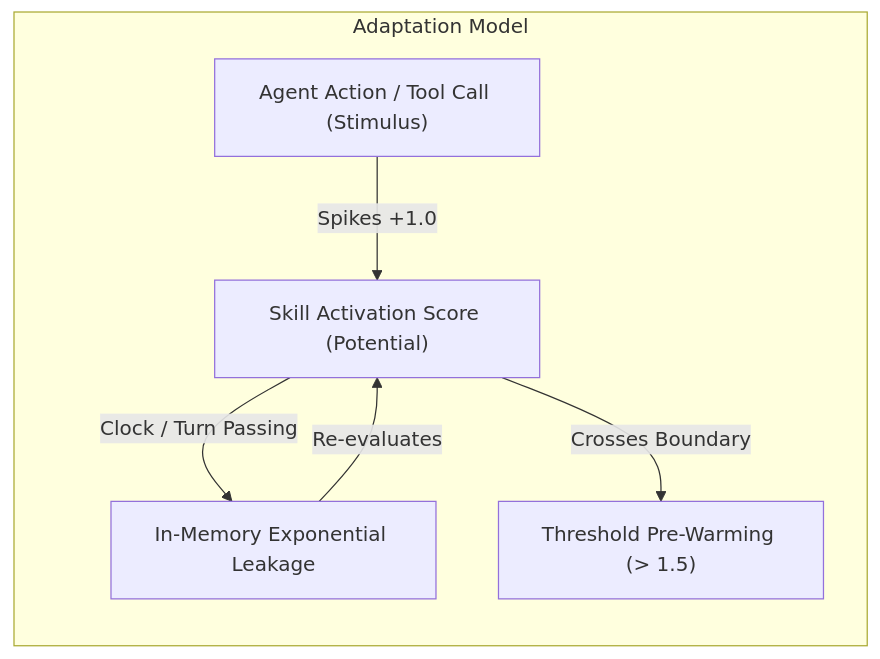
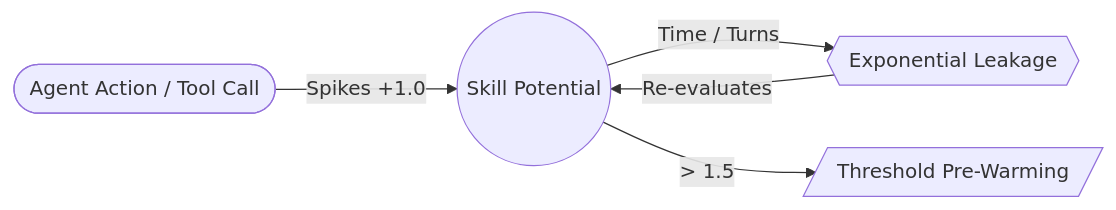
The first of 4 diagrams in PRESENTATION.md (kinqsradiollc/BrainRouter), drawn with Mermaid before and after one commit. The commit also changed other lines of this file and 1 other file, not shown here.

Commit message:
docs: improve mermaid graph rendering for github dark mode and responsiveness

````diff
--- a/PRESENTATION.md
+++ b/PRESENTATION.md
@@ -21,14 +21,12 @@
 ```mermaid
 graph LR
-    subgraph "Adaptation Model"
-        sensory["Agent Action / Tool Call (Stimulus)"]
-        node["Skill Activation Score (Potential)"]
-        decay["In-Memory Exponential Leakage"]
-        trigger["Threshold Pre-Warming (> 1.5)"]
+    sensory([Agent Action / Tool Call])
+    node((Skill Potential))
+    decay{{Exponential Leakage}}
+    trigger[/Threshold Pre-Warming/]
 
-        sensory -->|Spikes +1.0| node
-        node -->|Clock / Turn Passing| decay
-        decay -->|Re-evaluates| node
-        node -->|Crosses Boundary| trigger
-    end
+    sensory -->|Spikes +1.0| node
+    node -->|Time / Turns| decay
+    decay -->|Re-evaluates| node
+    node -->|> 1.5| trigger
 ```
````
